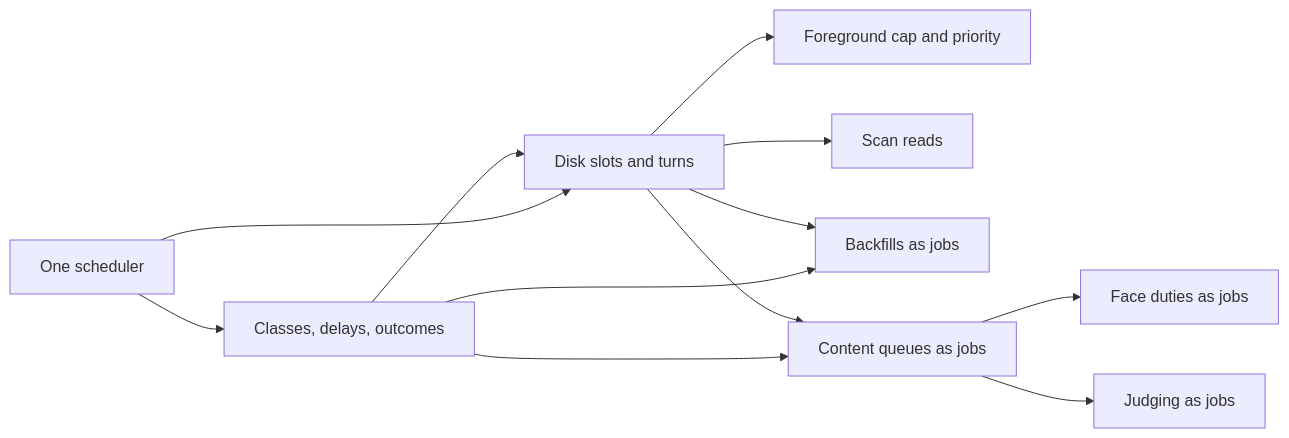
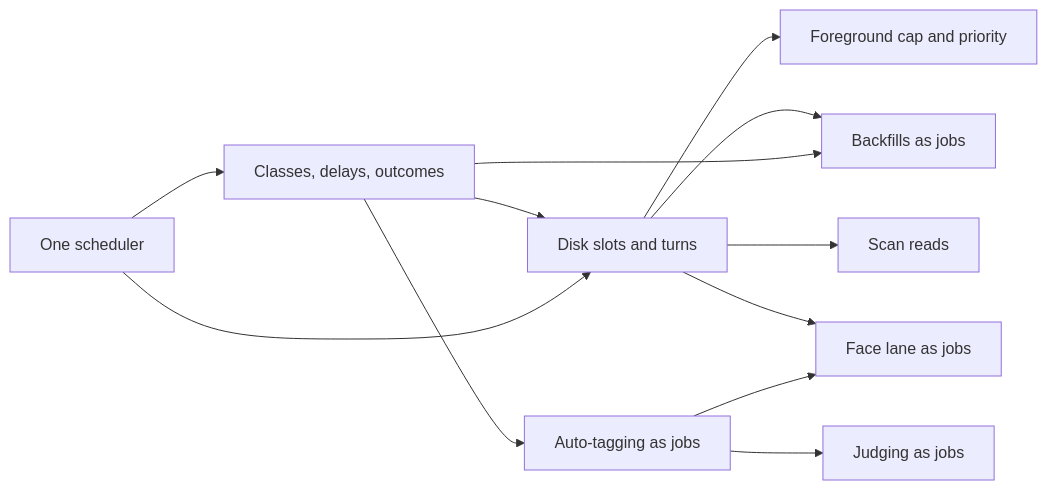
The second of 2 diagrams in specs/068-media-scheduler/plan.md (syudead/vv), drawn with Mermaid before and after one commit. The commit also changed other lines of this file and 2 other files, not shown here.

First line of the commit message:
docs(068): key face images by person and move the face lane in one unit

````diff
--- a/specs/068-media-scheduler/plan.md
+++ b/specs/068-media-scheduler/plan.md
@@ -123,14 +124,14 @@
 ```mermaid
 flowchart LR
   u1[One scheduler] --> u2[Classes, delays, outcomes]
   u1 --> u3[Disk slots and turns]
   u2 --> u3
   u3 --> u4[Foreground cap and priority]
   u3 --> u5[Scan reads]
   u2 --> u6[Backfills as jobs]
   u3 --> u6
-  u2 --> u7[Content queues as jobs]
-  u3 --> u7
-  u7 --> u8[Face duties as jobs]
+  u2 --> u7[Auto-tagging as jobs]
+  u7 --> u8[Face lane as jobs]
+  u3 --> u8
   u7 --> u9[Judging as jobs]
 ```
````
